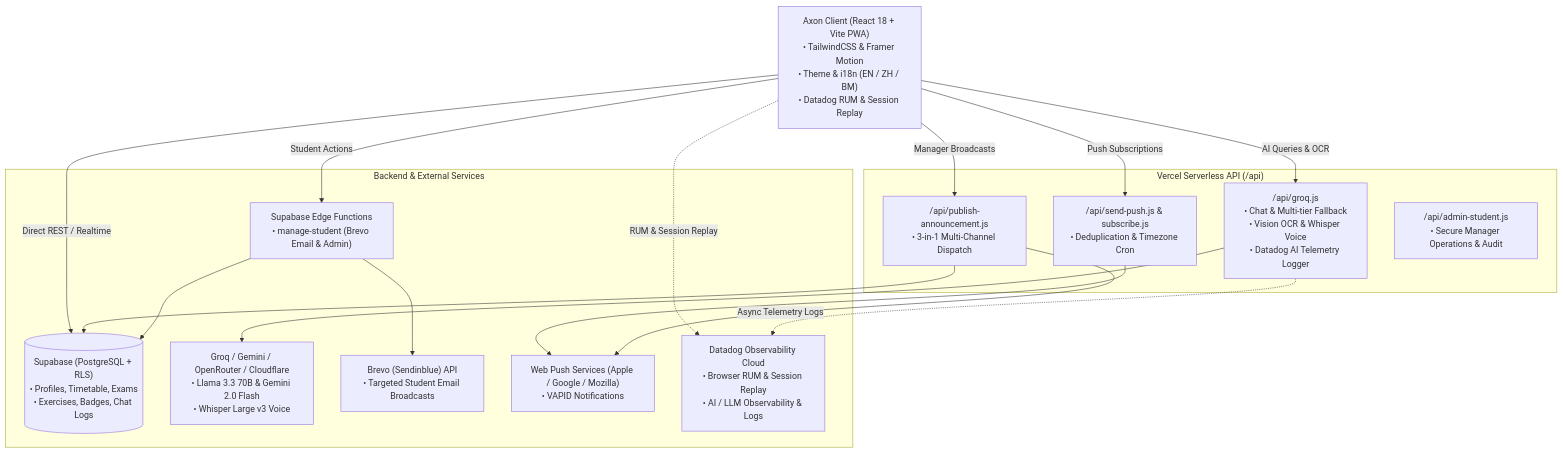
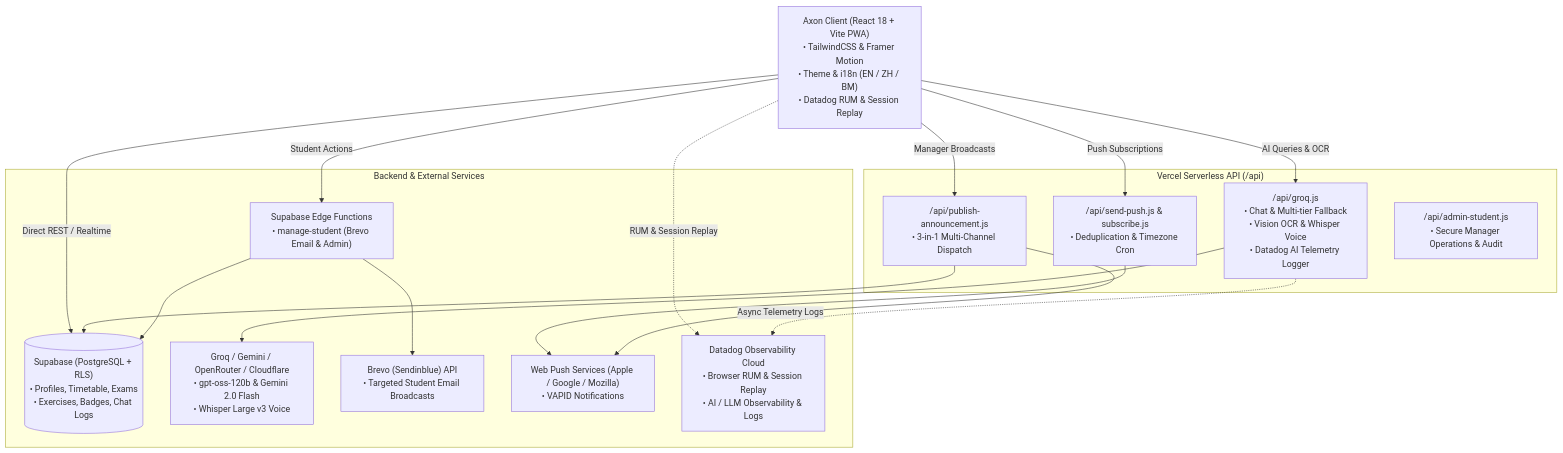
The diagram in README.md (jiahong0324/Axon), drawn with Mermaid before and after one commit. The commit also changed other lines of this file and 1 other file, not shown here.

Commit message:
feat(ai): switch Groq chat models to openai/gpt-oss-120b and openai/gpt-oss-20b

````diff
--- a/README.md
+++ b/README.md
@@ -32,35 +32,35 @@
 ```mermaid
 flowchart TD
     Client["Axon Client (React 18 + Vite PWA)\n• TailwindCSS & Framer Motion\n• Theme & i18n (EN / ZH / BM)\n• Datadog RUM & Session Replay"]
     
     subgraph ServerlessAPI ["Vercel Serverless API (/api)"]
         AIProxy["/api/groq.js\n• Chat & Multi-tier Fallback\n• Vision OCR & Whisper Voice\n• Datadog AI Telemetry Logger"]
         AnnounceAPI["/api/publish-announcement.js\n• 3-in-1 Multi-Channel Dispatch"]
         PushAPI["/api/send-push.js & subscribe.js\n• Deduplication & Timezone Cron"]
         AdminAPI["/api/admin-student.js\n• Secure Manager Operations & Audit"]
     end
     
     subgraph CloudServices ["Backend & External Services"]
         SupabaseDB[("Supabase (PostgreSQL + RLS)\n• Profiles, Timetable, Exams\n• Exercises, Badges, Chat Logs")]
         EdgeFn["Supabase Edge Functions\n• manage-student (Brevo Email & Admin)"]
-        GroqCloud["Groq / Gemini / OpenRouter / Cloudflare\n• Llama 3.3 70B & Gemini 2.0 Flash\n• Whisper Large v3 Voice"]
+        GroqCloud["Groq / Gemini / OpenRouter / Cloudflare\n• gpt-oss-120b & Gemini 2.0 Flash\n• Whisper Large v3 Voice"]
         BrevoEmail["Brevo (Sendinblue) API\n• Targeted Student Email Broadcasts"]
         WebPushGateway["Web Push Services (Apple / Google / Mozilla)\n• VAPID Notifications"]
         DatadogCloud["Datadog Observability Cloud\n• Browser RUM & Session Replay\n• AI / LLM Observability & Logs"]
     end
 
     Client -->|Direct REST / Realtime| SupabaseDB
     Client -->|AI Queries & OCR| AIProxy
     Client -->|Push Subscriptions| PushAPI
     Client -->|Manager Broadcasts| AnnounceAPI
     Client -->|Student Actions| EdgeFn
     Client -.->|RUM & Session Replay| DatadogCloud
     
     AIProxy --> GroqCloud
     AIProxy -.->|Async Telemetry Logs| DatadogCloud
     PushAPI --> WebPushGateway
     AnnounceAPI --> SupabaseDB
     AnnounceAPI --> WebPushGateway
     EdgeFn --> SupabaseDB
     EdgeFn --> BrevoEmail
 ```
````
